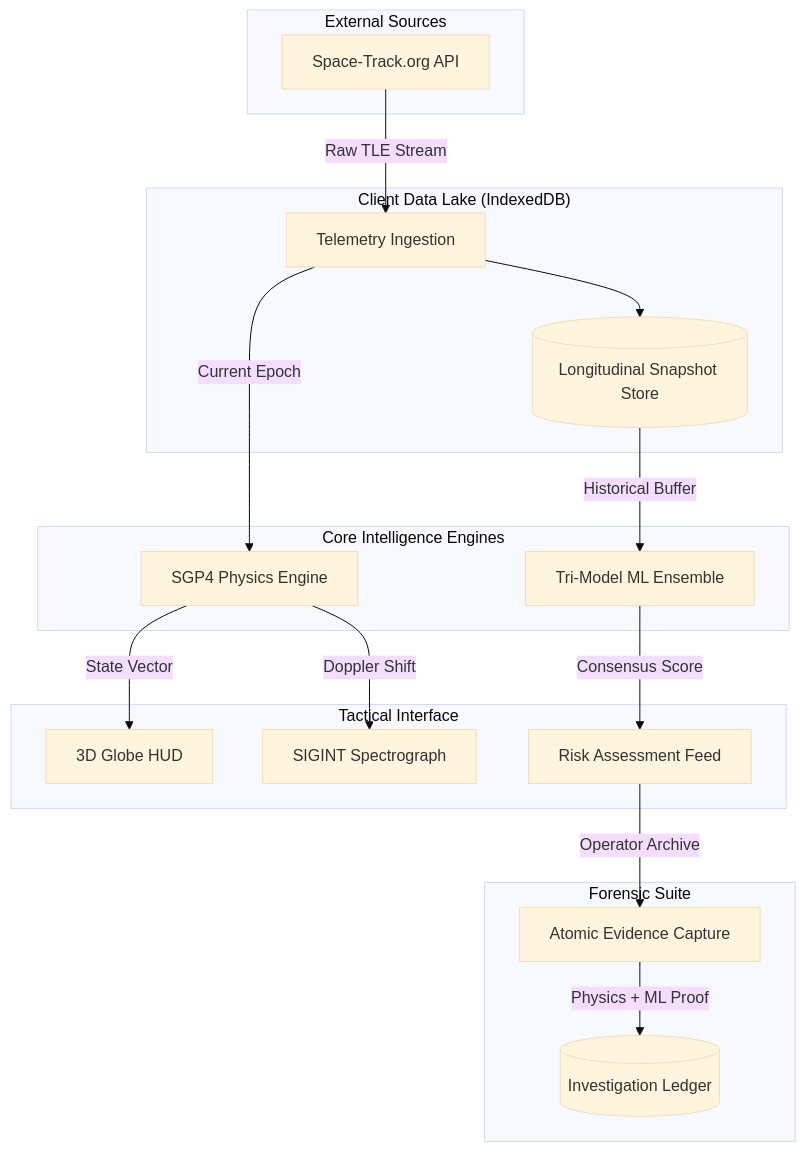
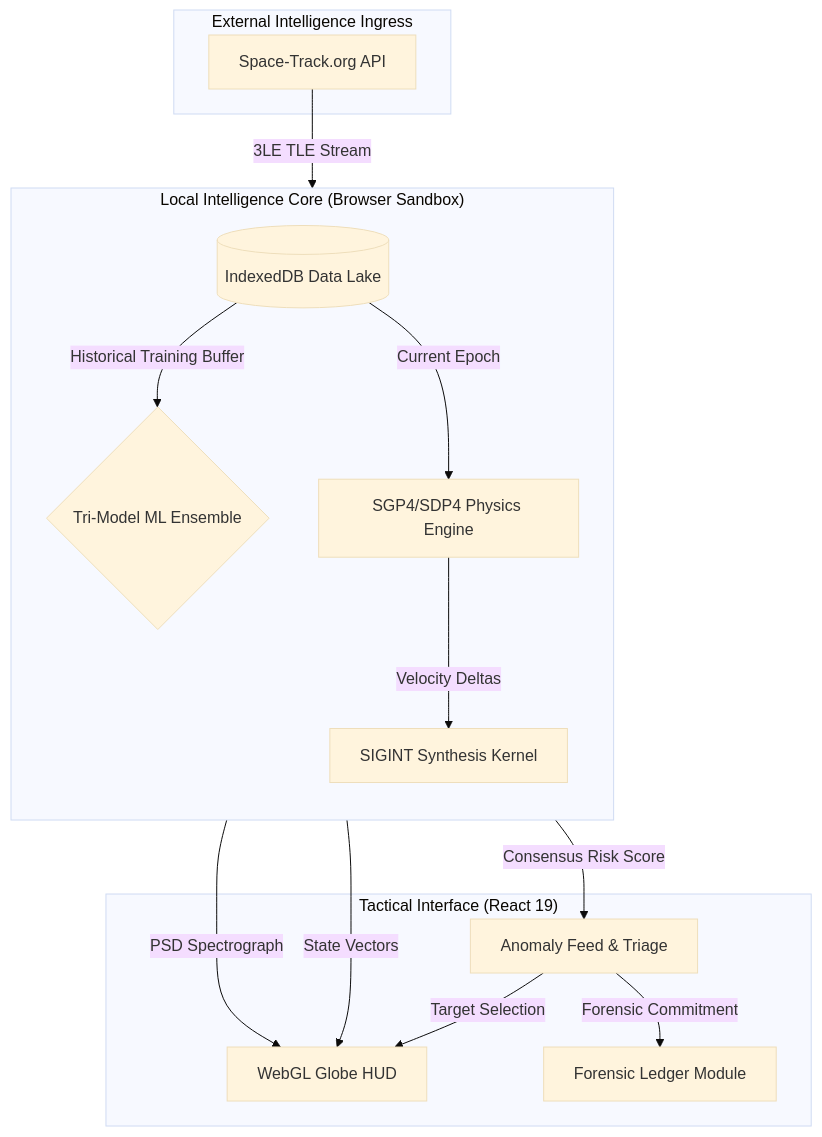
One commit to ritvikindupuri/Orbitwatch changed the first of 2 diagrams in TECHNICAL_SPEC.md. Above: the diagram before and after it, drawn with Mermaid (base theme). The commit also changed other lines of this file, not shown here.

````diff
--- a/TECHNICAL_SPEC.md
+++ b/TECHNICAL_SPEC.md
@@ -30,37 +20,30 @@
 ```mermaid
 graph TD
-    subgraph "External Sources"
-        A[Space-Track.org API]
+    subgraph "External Intelligence Ingress"
+        ST[Space-Track.org API]
     end
 
-    subgraph "Client Data Lake (IndexedDB)"
-        B[Telemetry Ingestion]
-        C[(Longitudinal Snapshot Store)]
+    subgraph "Local Intelligence Core (Browser Sandbox)"
+        direction TB
+        DB[(IndexedDB Data Lake)]
+        PE[SGP4/SDP4 Physics Engine]
+        ML{Tri-Model ML Ensemble}
+        RF[SIGINT Synthesis Kernel]
     end
 
-    subgraph "Core Intelligence Engines"
-        D[SGP4 Physics Engine]
-        E[Tri-Model ML Ensemble]
+    subgraph "Tactical Interface (React 19)"
+        UI[WebGL Globe HUD]
+        FEED[Anomaly Feed & Triage]
+        FOR[Forensic Ledger Module]
     end
 
-    subgraph "Tactical Interface"
-        F[3D Globe HUD]
-        G[SIGINT Spectrograph]
-        H[Risk Assessment Feed]
-    end
-
-    subgraph "Forensic Suite"
-        I[Atomic Evidence Capture]
-        J[(Investigation Ledger)]
-    end
-
-    A -->|Raw TLE Stream| B
-    B --> C
-    C -->|Historical Buffer| E
-    B -->|Current Epoch| D
-    D -->|State Vector| F
-    D -->|Doppler Shift| G
-    E -->|Consensus Score| H
-    H -->|Operator Archive| I
-    I -->|Physics + ML Proof| J
+    ST -->|3LE TLE Stream| DB
+    DB -->|Historical Training Buffer| ML
+    DB -->|Current Epoch| PE
+    PE -->|State Vectors| UI
+    PE -->|Velocity Deltas| RF
+    ML -->|Consensus Risk Score| FEED
+    RF -->|PSD Spectrograph| UI
+    FEED -->|Target Selection| UI
+    FEED -->|Forensic Commitment| FOR
 ```
````
